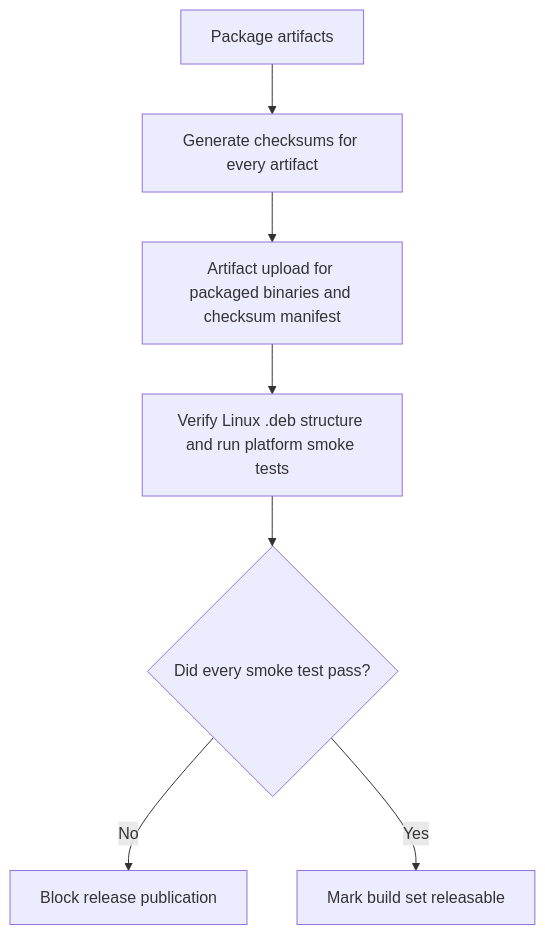
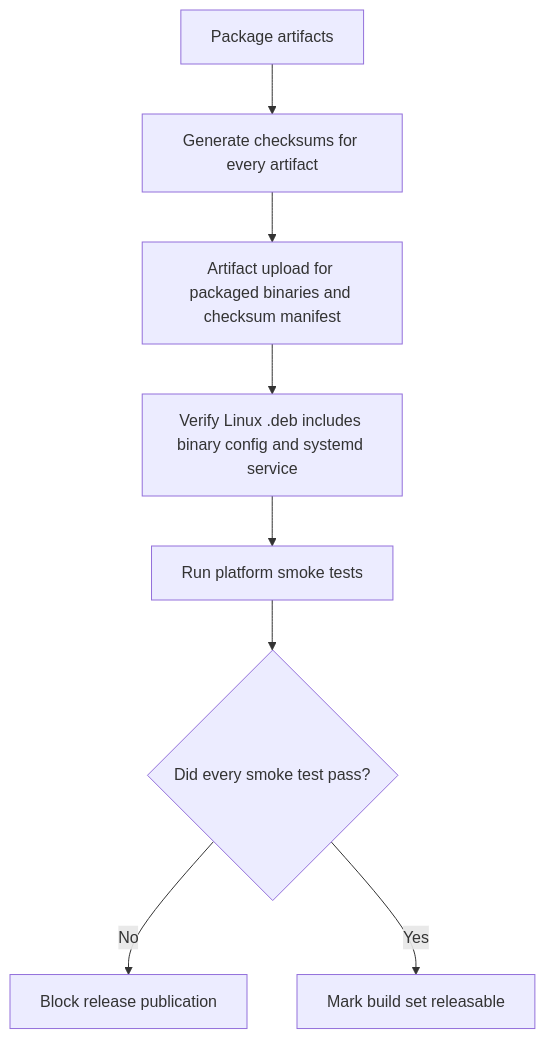
Before and after one commit to vivekvedant/prune-guard: the second of 3 diagrams in flowcharts/cross-platform-build-distribution.md, drawn with Mermaid. The commit also changed 9 other files, not shown here.

Commit message:
feat(package): install daemon binary and systemd service

````diff
--- a/flowcharts/cross-platform-build-distribution.md
+++ b/flowcharts/cross-platform-build-distribution.md
@@ -18,9 +18,10 @@
 ```mermaid
 flowchart TD
     A[Package artifacts] --> B[Generate checksums for every artifact]
     B --> C[Artifact upload for packaged binaries and checksum manifest]
-    C --> D[Verify Linux .deb structure and run platform smoke tests]
-    D --> E{Did every smoke test pass?}
-    E -- No --> F[Block release publication]
-    E -- Yes --> G[Mark build set releasable]
+    C --> D[Verify Linux .deb includes binary config and systemd service]
+    D --> E[Run platform smoke tests]
+    E --> F{Did every smoke test pass?}
+    F -- No --> G[Block release publication]
+    F -- Yes --> H[Mark build set releasable]
 ```
````
